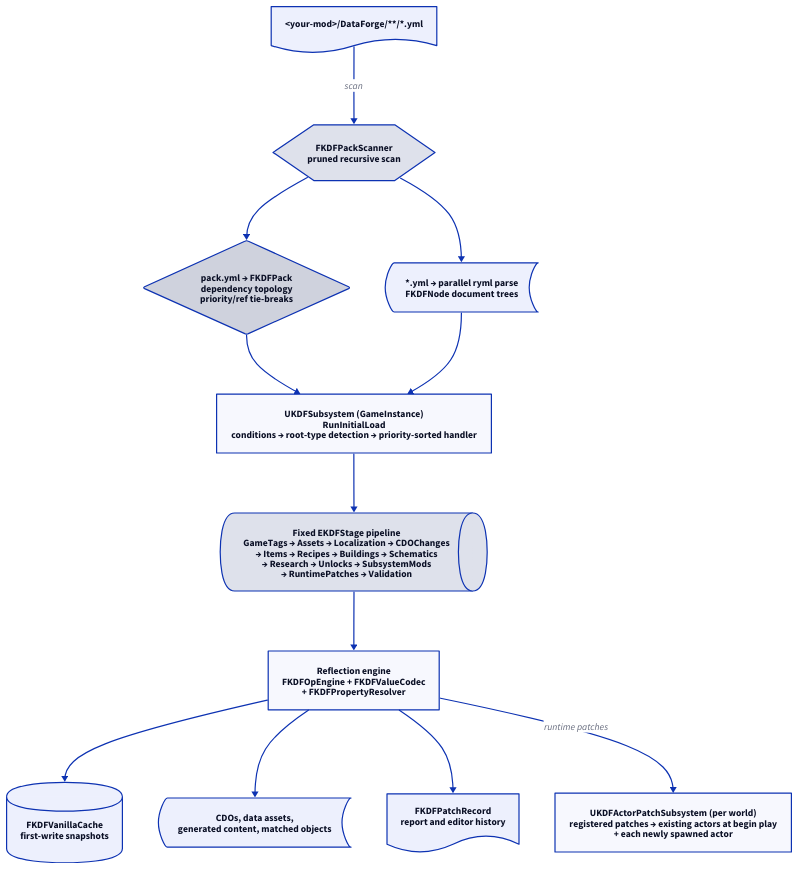
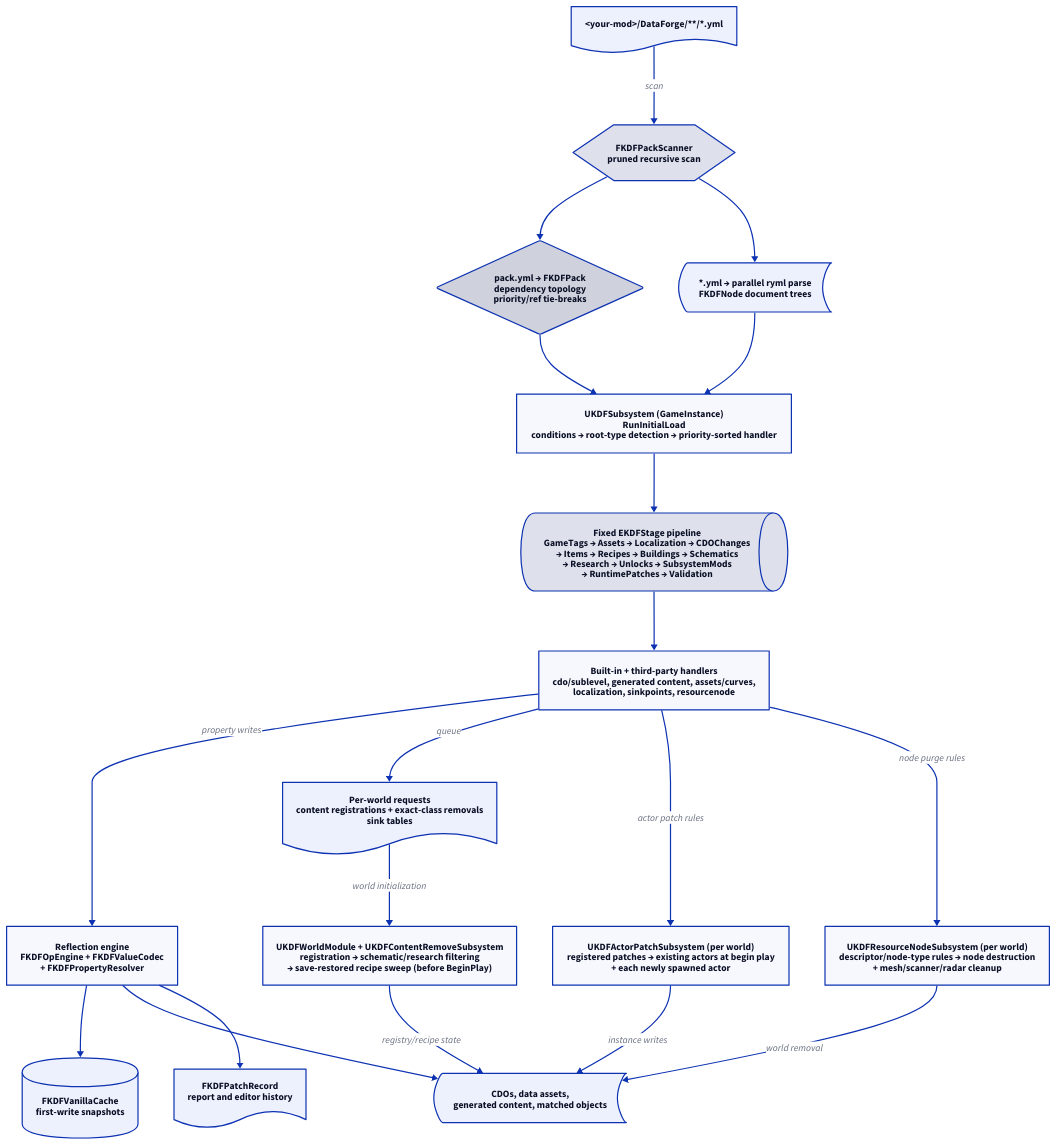
One commit to Satisfactory-KMods/docs changed the diagram in content/assets/kdataforge/architecture.d2. Above: the diagram before and after it, drawn with D2. The commit also changed 25 other files, not shown here.

```diff
--- a/content/assets/kdataforge/architecture.d2
+++ b/content/assets/kdataforge/architecture.d2
@@ -1,60 +1,83 @@
 # Render with D2 v0.7.1:
 # d2 --layout elk --theme 8 --dark-theme 200 --pad 32 architecture.d2 architecture.svg
 
 direction: down
 
 pack_files: "<your-mod>/DataForge/**/*.yml" {
   shape: document
 }
 
 scanner: "FKDFPackScanner\npruned recursive scan" {
   shape: hexagon
 }
 
 pack_plan: "pack.yml → FKDFPack\ndependency topology\npriority/ref tie-breaks" {
   shape: diamond
 }
 
 node_model: "*.yml → parallel ryml parse\nFKDFNode document trees" {
   shape: stored_data
 }
 
 subsystem: "UKDFSubsystem (GameInstance)\nRunInitialLoad\nconditions → root-type detection → priority-sorted handler" {
   shape: rectangle
 }
 
 stages: "Fixed EKDFStage pipeline\nGameTags → Assets → Localization → CDOChanges\n→ Items → Recipes → Buildings → Schematics\n→ Research → Unlocks → SubsystemMods\n→ RuntimePatches → Validation" {
   shape: queue
 }
 
+handlers: "Built-in + third-party handlers\ncdo/sublevel, generated content, assets/curves,\nlocalization, sinkpoints, resourcenode" {
+  shape: rectangle
+}
+
 reflection: "Reflection engine\nFKDFOpEngine + FKDFValueCodec\n+ FKDFPropertyResolver" {
   shape: rectangle
 }
 
 snapshots: "FKDFVanillaCache\nfirst-write snapshots" {
   shape: cylinder
 }
 
 objects: "CDOs, data assets,\ngenerated content, matched objects" {
   shape: stored_data
 }
 
+content_requests: "Per-world requests\ncontent registrations + exact-class removals\nsink tables" {
+  shape: document
+}
+
+world_module: "UKDFWorldModule + UKDFContentRemoveSubsystem\nregistration → schematic/research filtering\n→ save-restored recipe sweep (before BeginPlay)" {
+  shape: rectangle
+}
+
 records: "FKDFPatchRecord\nreport and editor history" {
   shape: document
 }
 
 actor_patches: "UKDFActorPatchSubsystem (per world)\nregistered patches → existing actors at begin play\n+ each newly spawned actor" {
+  shape: rectangle
+}
+
+node_purges: "UKDFResourceNodeSubsystem (per world)\ndescriptor/node-type rules → node destruction\n+ mesh/scanner/radar cleanup" {
   shape: rectangle
 }
 
 pack_files -> scanner: scan
 scanner -> pack_plan
 scanner -> node_model
 pack_plan -> subsystem
 node_model -> subsystem
 subsystem -> stages
-stages -> reflection
+stages -> handlers
+handlers -> reflection: property writes
+handlers -> content_requests: queue
+content_requests -> world_module: world initialization
 reflection -> snapshots
 reflection -> objects
 reflection -> records
-reflection -> actor_patches: runtime patches
+handlers -> actor_patches: actor patch rules
+handlers -> node_purges: node purge rules
+world_module -> objects: registry/recipe state
+actor_patches -> objects: instance writes
+node_purges -> objects: world removal
```
